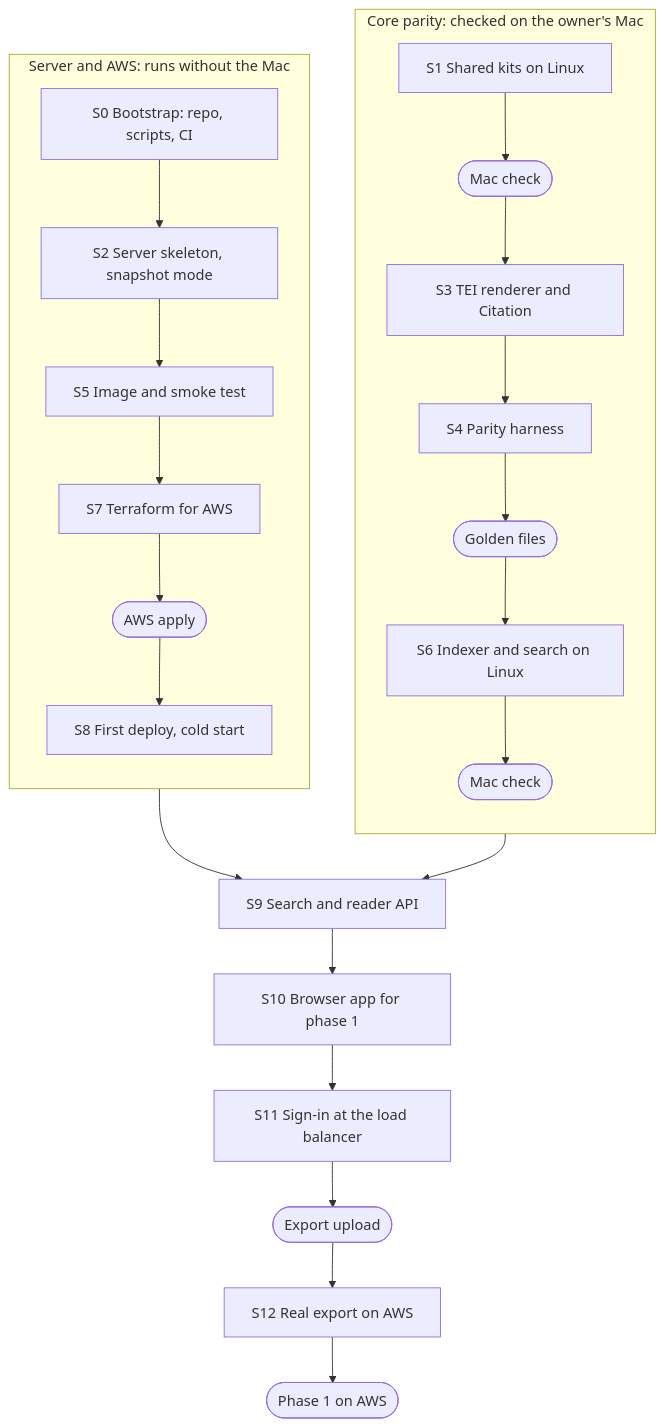
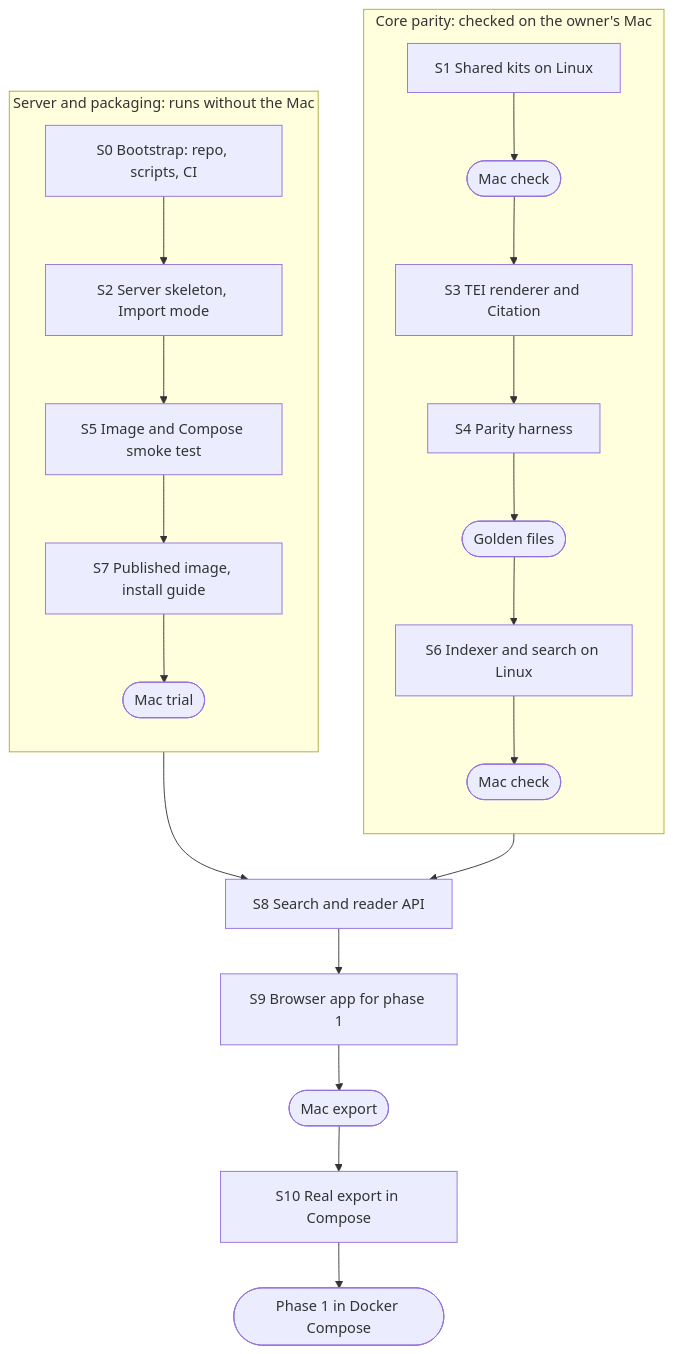
One commit to joshbotts/FRUS-Explorer-Web-App changed the diagram in docs/PLAN.md. Above: the diagram before and after it, drawn with Mermaid. The commit also changed other lines of this file and 1 other file, not shown here.

First line of the commit message:
Put the Docker Compose install first and defer AWS to phase 6

````diff
--- a/docs/PLAN.md
+++ b/docs/PLAN.md
@@ -126,14 +112,14 @@
 ```mermaid
 flowchart TB
   subgraph core["Core parity: checked on the owner's Mac"]
     direction TB
     S1["S1 Shared kits on Linux"] --> G1(["Mac check"]) --> S3["S3 TEI renderer and Citation"] --> S4["S4 Parity harness"] --> G2(["Golden files"]) --> S6["S6 Indexer and search on Linux"] --> G3(["Mac check"])
   end
-  subgraph server["Server and AWS: runs without the Mac"]
+  subgraph server["Server and packaging: runs without the Mac"]
     direction TB
-    S0["S0 Bootstrap: repo, scripts, CI"] --> S2["S2 Server skeleton, snapshot mode"] --> S5["S5 Image and smoke test"] --> S7["S7 Terraform for AWS"] --> G4(["AWS apply"]) --> S8["S8 First deploy, cold start"]
+    S0["S0 Bootstrap: repo, scripts, CI"] --> S2["S2 Server skeleton, Import mode"] --> S5["S5 Image and Compose smoke test"] --> S7["S7 Published image, install guide"] --> G4(["Mac trial"])
   end
-  G3 --> S9["S9 Search and reader API"]
-  S8 --> S9
-  S9 --> S10["S10 Browser app for phase 1"] --> S11["S11 Sign-in at the load balancer"] --> G5(["Export upload"]) --> S12["S12 Real export on AWS"] --> M(["Phase 1 on AWS"])
+  G3 --> S8["S8 Search and reader API"]
+  G4 --> S8
+  S8 --> S9["S9 Browser app for phase 1"] --> G5(["Mac export"]) --> S10["S10 Real export in Compose"] --> M(["Phase 1 in Docker Compose"])
 ```
````
